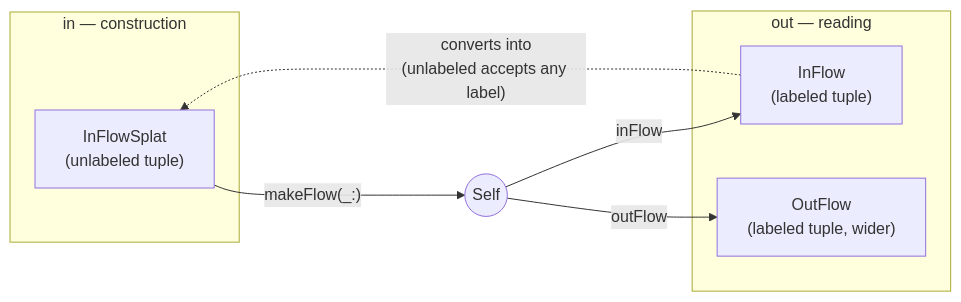
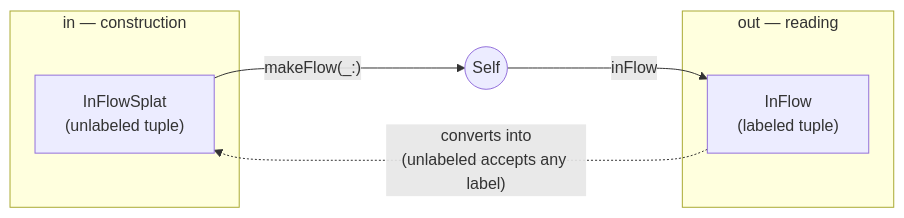
One commit to sisoje/swift-core-flow changed the second of 3 diagrams in README.md. Above: the diagram before and after it, drawn with Mermaid. The commit also changed other lines of this file and 14 other files, not shown here.

First line of the commit message:
Drop OutFlow/outFlow — Core is the one snapshot; docs state decisions, not history

````diff
--- a/README.md
+++ b/README.md
@@ -657,14 +574,12 @@
 ```mermaid
 flowchart LR
     subgraph in["in — construction"]
         IFS["InFlowSplat<br/>(unlabeled tuple)"]
     end
     subgraph out["out — reading"]
         IF["InFlow<br/>(labeled tuple)"]
-        OF["OutFlow<br/>(labeled tuple, wider)"]
     end
     IFS -- "makeFlow(_:)" --> T((Self))
     T -- "inFlow" --> IF
-    T -- "outFlow" --> OF
     IF -. "converts into<br/>(unlabeled accepts any label)" .-> IFS
 ```
````
